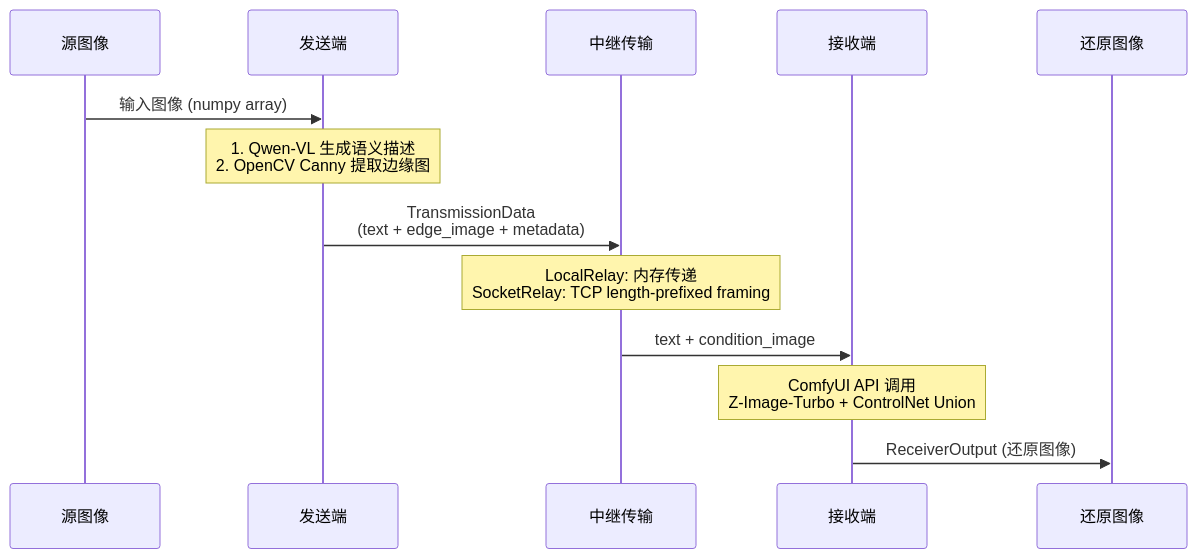
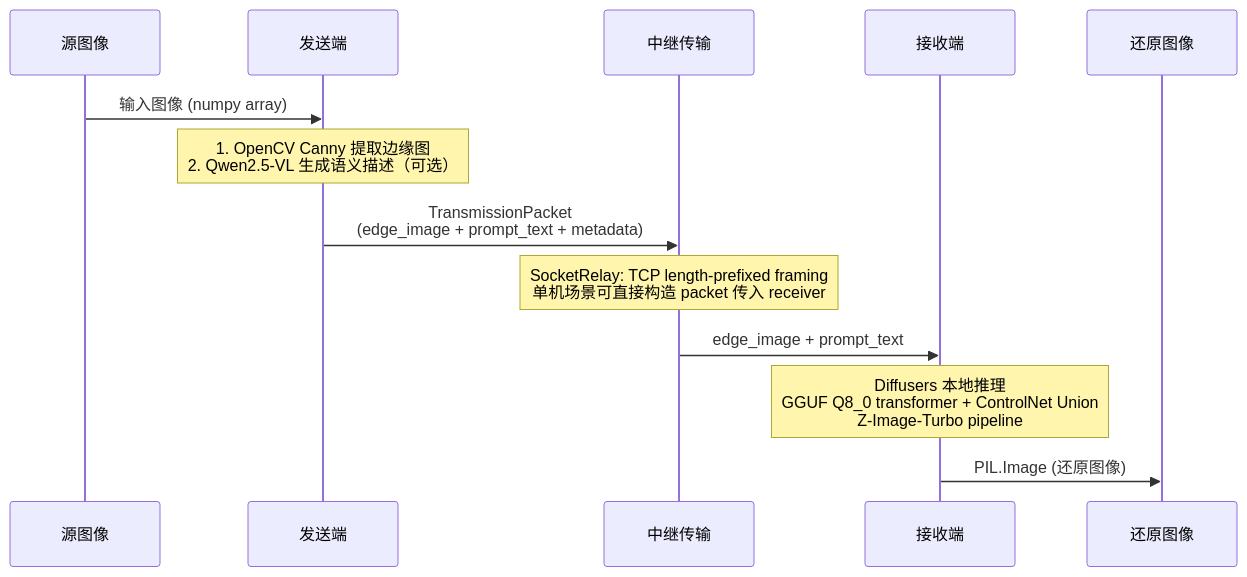
One commit to chy5301/semantic-transmission changed the second of 3 diagrams in docs/architecture.md. Above: the diagram before and after it, drawn with Mermaid. The commit also changed other lines of this file and 69 other files, not shown here.

````diff
--- a/docs/architecture.md
+++ b/docs/architecture.md
@@ -59,16 +54,16 @@
 ```mermaid
 sequenceDiagram
     participant Src as 源图像
     participant Sender as 发送端
     participant Relay as 中继传输
     participant Receiver as 接收端
     participant Out as 还原图像
 
     Src->>Sender: 输入图像 (numpy array)
-    Note over Sender: 1. Qwen-VL 生成语义描述<br/>2. OpenCV Canny 提取边缘图
-    Sender->>Relay: TransmissionData<br/>(text + edge_image + metadata)
-    Note over Relay: LocalRelay: 内存传递<br/>SocketRelay: TCP length-prefixed framing
-    Relay->>Receiver: text + condition_image
-    Note over Receiver: ComfyUI API 调用<br/>Z-Image-Turbo + ControlNet Union
-    Receiver->>Out: ReceiverOutput (还原图像)
+    Note over Sender: 1. OpenCV Canny 提取边缘图<br/>2. Qwen2.5-VL 生成语义描述（可选）
+    Sender->>Relay: TransmissionPacket<br/>(edge_image + prompt_text + metadata)
+    Note over Relay: SocketRelay: TCP length-prefixed framing<br/>单机场景可直接构造 packet 传入 receiver
+    Relay->>Receiver: edge_image + prompt_text
+    Note over Receiver: Diffusers 本地推理<br/>GGUF Q8_0 transformer + ControlNet Union<br/>Z-Image-Turbo pipeline
+    Receiver->>Out: PIL.Image (还原图像)
 ```
````
